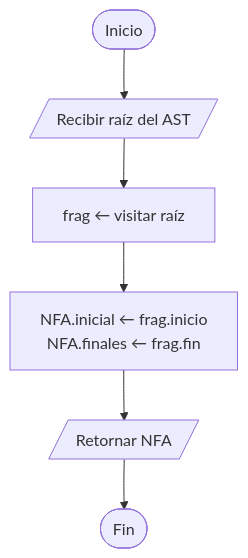
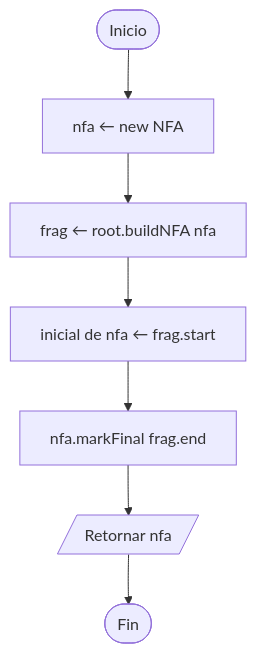
The first of 6 diagrams in docs/diagramas/03-thompson.md (Leosanlo30/RegEx-to-DFA-Visualizer), drawn with Mermaid before and after one commit. The commit also changed other lines of this file and 10 other files, not shown here.

Commit message:
docs: alinear diagramas de flujo con UML.md y REQUIREMENTS.md

````diff
--- a/docs/diagramas/03-thompson.md
+++ b/docs/diagramas/03-thompson.md
@@ -8,8 +8,9 @@
 ```mermaid
 flowchart TD
-    A([Inicio]) --> B[/Recibir raíz del AST/]
-    B --> C[frag ← visitar raíz]
-    C --> D[NFA.inicial ← frag.inicio<br/>NFA.finales ← frag.fin]
-    D --> E[/Retornar NFA/]
-    E --> F([Fin])
+    A([Inicio]) --> B[nfa ← new NFA]
+    B --> C[frag ← root.buildNFA nfa]
+    C --> D[inicial de nfa ← frag.start]
+    D --> E[nfa.markFinal frag.end]
+    E --> F[/Retornar nfa/]
+    F --> Z([Fin])
 ```
````
